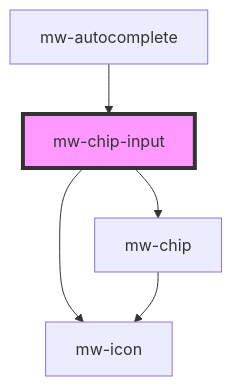
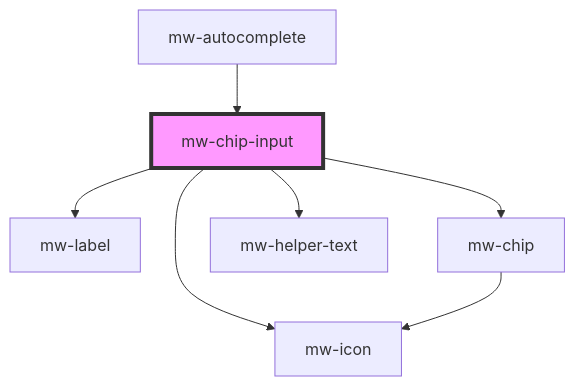
Before and after one commit to MaibornWolff/mwui: the diagram in mwui-stencil/src/components/mw-chip-input/readme.md, drawn with Mermaid. The commit also changed other lines of this file and 24 other files, not shown here.

````diff
--- a/mwui-stencil/src/components/mw-chip-input/readme.md
+++ b/mwui-stencil/src/components/mw-chip-input/readme.md
@@ -39,8 +45,10 @@
 ```mermaid
 graph TD;
+  mw-chip-input --> mw-label
   mw-chip-input --> mw-chip
   mw-chip-input --> mw-icon
+  mw-chip-input --> mw-helper-text
   mw-chip --> mw-icon
   mw-autocomplete --> mw-chip-input
   style mw-chip-input fill:#f9f,stroke:#333,stroke-width:4px
 ```
````
